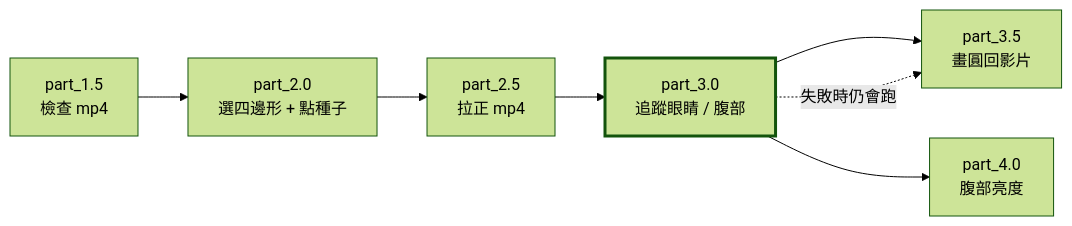
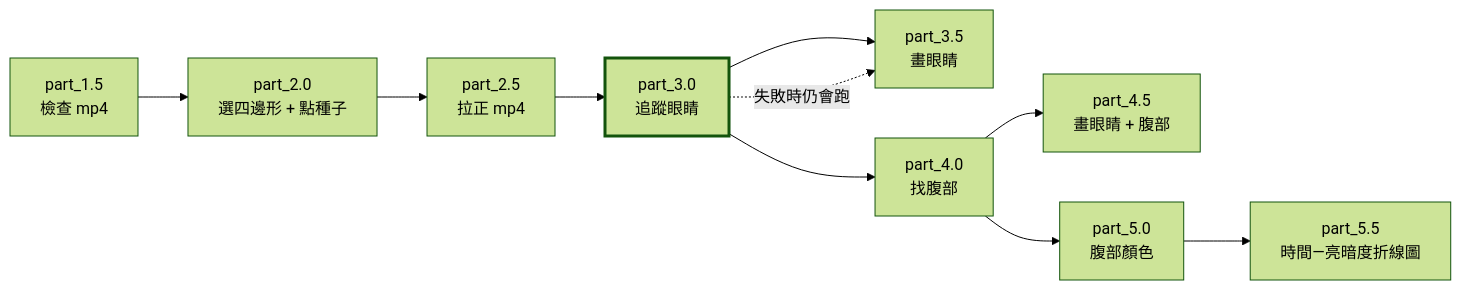
One commit to anunnamedtank24/squid_video_analysis changed the diagram in src/run_all/README.md. Above: the diagram before and after it, drawn with Mermaid (forest theme). The commit also changed other lines of this file and 415 other files, not shown here.

````diff
--- a/src/run_all/README.md
+++ b/src/run_all/README.md
@@ -45,10 +48,13 @@
 ```mermaid
 flowchart LR
     A["part_1.5<br/>檢查 mp4"] --> B["part_2.0<br/>選四邊形 + 點種子"]
     B --> C["part_2.5<br/>拉正 mp4"]
-    C --> D["part_3.0<br/>追蹤眼睛 / 腹部"]
-    D --> E["part_3.5<br/>畫圓回影片"]
-    D --> F["part_4.0<br/>腹部亮度"]
+    C --> D["part_3.0<br/>追蹤眼睛"]
+    D --> E["part_3.5<br/>畫眼睛"]
+    D --> F["part_4.0<br/>找腹部"]
+    F --> G["part_4.5<br/>畫眼睛 + 腹部"]
+    F --> H["part_5.0<br/>腹部顏色"]
+    H --> I["part_5.5<br/>時間—亮暗度折線圖"]
     D -. 失敗時仍會跑 .-> E
     style D stroke-width:3px
 ```
````
